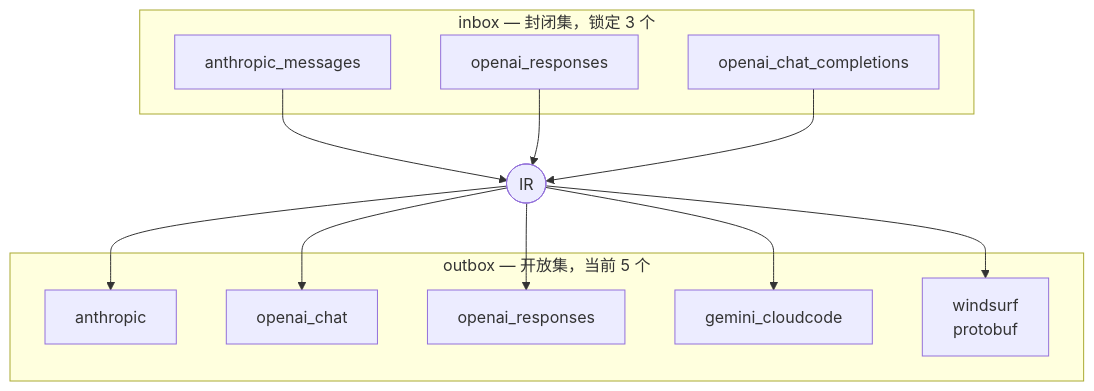
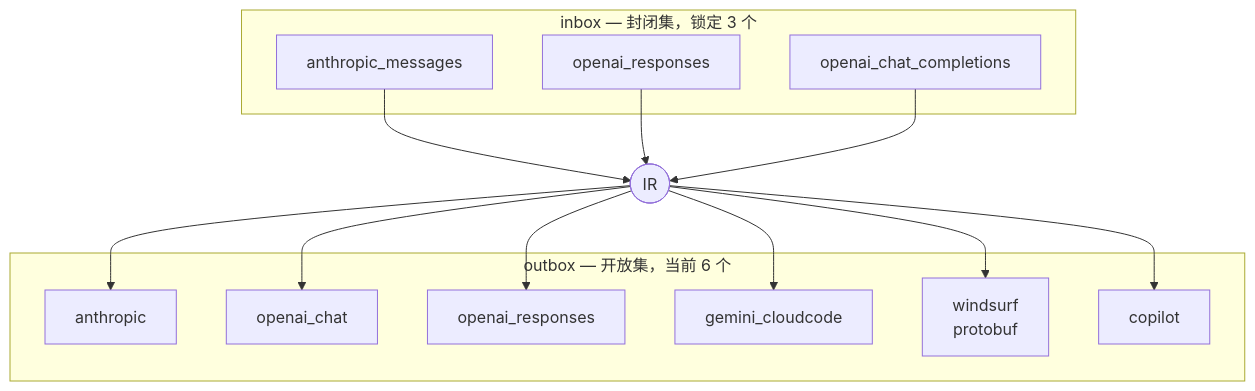
One commit to junknet/agent-ir changed the second of 4 diagrams in docs/ARCHITECTURE.md. Above: the diagram before and after it, drawn with Mermaid. The commit also changed other lines of this file and 36 other files, not shown here.

````diff
--- a/docs/ARCHITECTURE.md
+++ b/docs/ARCHITECTURE.md
@@ -41,18 +41,19 @@
 ```mermaid
 flowchart TB
   subgraph INBOX["inbox — 封闭集，锁定 3 个"]
     I1["anthropic_messages"]
     I2["openai_responses"]
     I3["openai_chat_completions"]
   end
   IR(["IR"])
-  subgraph OUTBOX["outbox — 开放集，当前 5 个"]
+  subgraph OUTBOX["outbox — 开放集，当前 6 个"]
     O1["anthropic"]
     O2["openai_chat"]
     O3["openai_responses"]
     O4["gemini_cloudcode"]
     O5["windsurf<br/>protobuf"]
+    O6["copilot"]
   end
 
-  I1 & I2 & I3 --> IR --> O1 & O2 & O3 & O4 & O5
+  I1 & I2 & I3 --> IR --> O1 & O2 & O3 & O4 & O5 & O6
 ```
````
